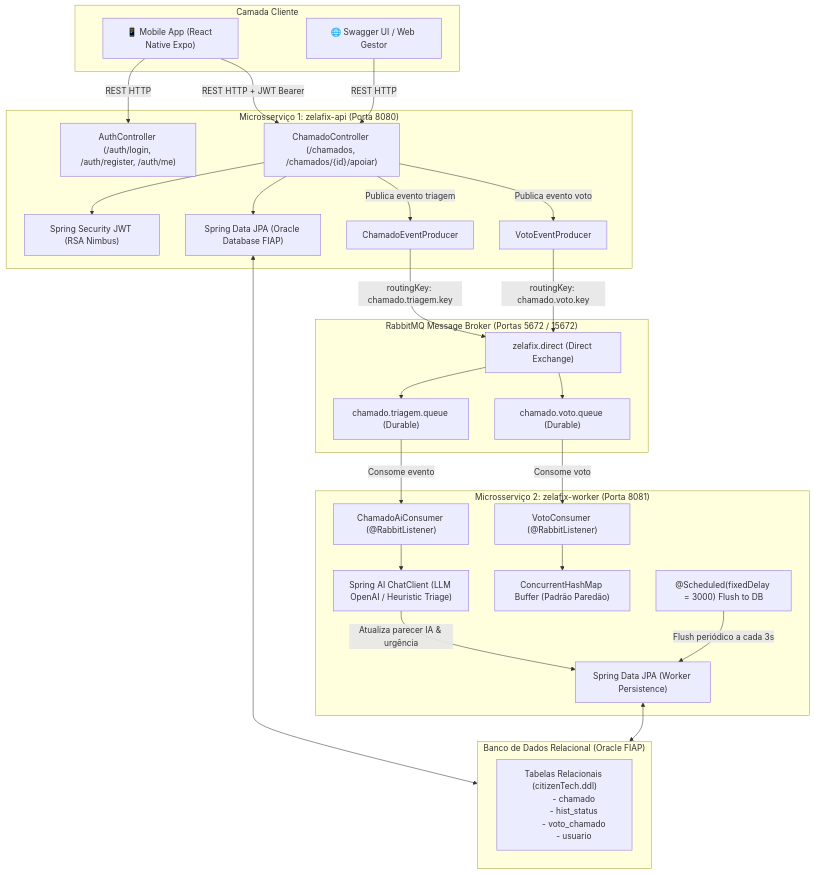
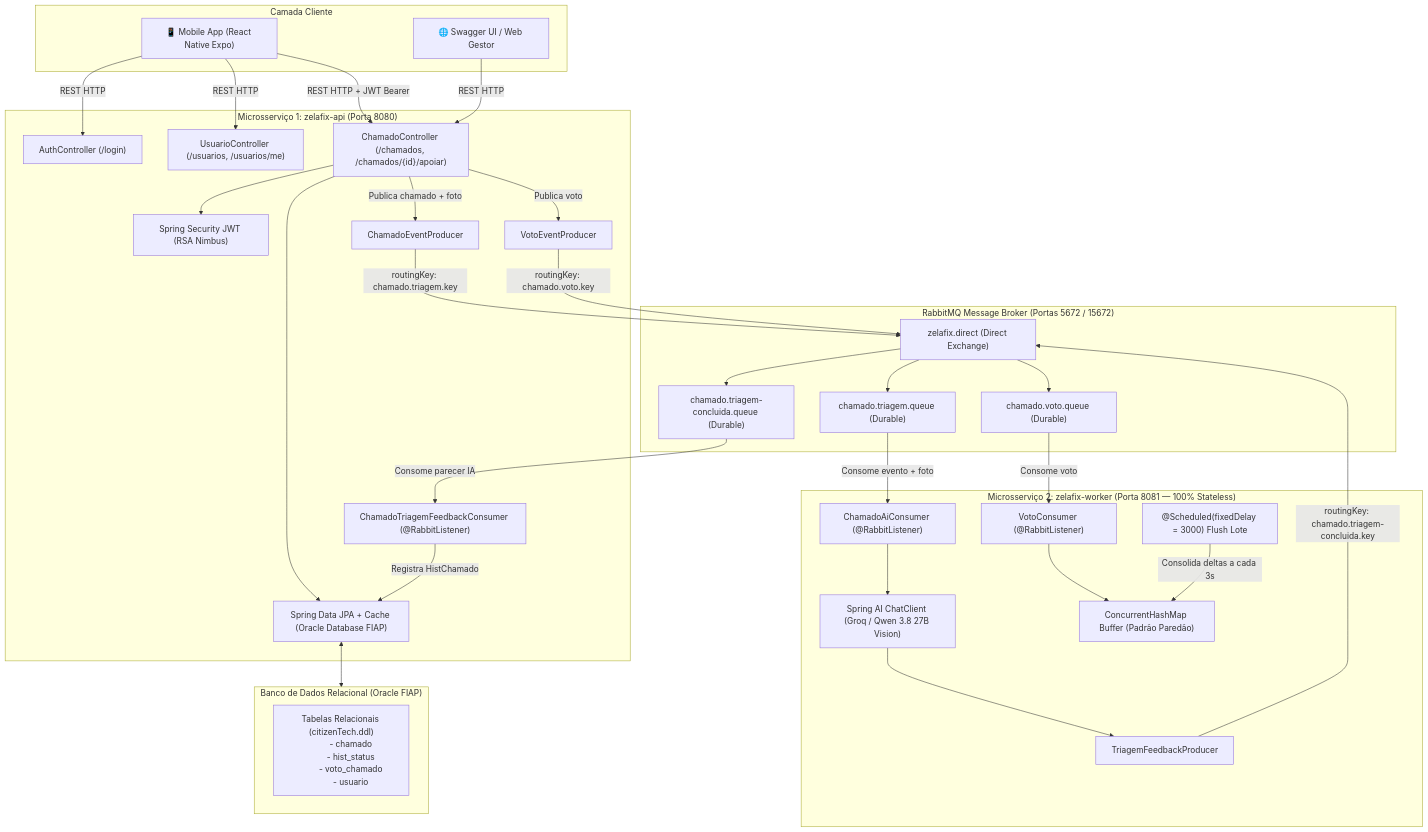
Before and after one commit to Global-Solution-CitizenTech/Java-Advanced: the diagram in README.md, drawn with Mermaid. The commit also changed other lines of this file and 15 other files, not shown here.

Commit message:
test(chamado): expandir testes extremos de controller, blindar cache e unificar exceptions

````diff
--- a/README.md
+++ b/README.md
@@ -36,65 +38,72 @@
 ```mermaid
 flowchart TD
     subgraph ClientLayer ["Camada Cliente"]
         Mobile["📱 Mobile App (React Native Expo)"]
         Swagger["🌐 Swagger UI / Web Gestor"]
     end
 
     subgraph Service1 ["Microsserviço 1: zelafix-api (Porta 8080)"]
-        AuthController["AuthController (/auth/login, /auth/register, /auth/me)"]
+        AuthController["AuthController (/login)"]
+        UsuarioController["UsuarioController (/usuarios, /usuarios/me)"]
         ChamadoController["ChamadoController (/chamados, /chamados/{id}/apoiar)"]
         Security["Spring Security JWT (RSA Nimbus)"]
-        JPA1["Spring Data JPA (Oracle Database FIAP)"]
+        JPA1["Spring Data JPA + Cache (Oracle Database FIAP)"]
         ChamadoPublisher["ChamadoEventProducer"]
         VotoPublisher["VotoEventProducer"]
+        FeedbackConsumer["ChamadoTriagemFeedbackConsumer (@RabbitListener)"]
     end
 
     subgraph RabbitMQCluster ["RabbitMQ Message Broker (Portas 5672 / 15672)"]
         Exchange["zelafix.direct (Direct Exchange)"]
         QueueTriagem["chamado.triagem.queue (Durable)"]
+        QueueFeedback["chamado.triagem-concluida.queue (Durable)"]
         QueueVoto["chamado.voto.queue (Durable)"]
     end
 
-    subgraph Service2 ["Microsserviço 2: zelafix-worker (Porta 8081)"]
+    subgraph Service2 ["Microsserviço 2: zelafix-worker (Porta 8081 — 100% Stateless)"]
         ChamadoAiConsumer["ChamadoAiConsumer (@RabbitListener)"]
-        SpringAI["Spring AI ChatClient (LLM OpenAI / Heuristic Triage)"]
+        SpringAI["Spring AI ChatClient (Groq / Qwen 3.8 27B Vision)"]
+        FeedbackProducer["TriagemFeedbackProducer"]
         VotoConsumer["VotoConsumer (@RabbitListener)"]
         VoteBuffer["ConcurrentHashMap Buffer (Padrão Paredão)"]
-        Scheduler["@Scheduled(fixedDelay = 3000) Flush to DB"]
-        JPA2["Spring Data JPA (Worker Persistence)"]
+        Scheduler["@Scheduled(fixedDelay = 3000) Flush Lote"]
     end
 
     subgraph Database ["Banco de Dados Relacional (Oracle FIAP)"]
         Tables["Tabelas Relacionais (citizenTech.ddl)
         - chamado
         - hist_status
         - voto_chamado
         - usuario"]
     end
 
     Mobile -->|REST HTTP + JWT Bearer| ChamadoController
     Mobile -->|REST HTTP| AuthController
+    Mobile -->|REST HTTP| UsuarioController
     Swagger -->|REST HTTP| ChamadoController
 
     ChamadoController --> Security
     ChamadoController --> JPA1
-    ChamadoController -->|Publica evento triagem| ChamadoPublisher
-    ChamadoController -->|Publica evento voto| VotoPublisher
+    ChamadoController -->|Publica chamado + foto| ChamadoPublisher
+    ChamadoController -->|Publica voto| VotoPublisher
 
     ChamadoPublisher -->|routingKey: chamado.triagem.key| Exchange
     VotoPublisher -->|routingKey: chamado.voto.key| Exchange
 
     Exchange --> QueueTriagem
     Exchange --> QueueVoto
 
-    QueueTriagem -->|Consome evento| ChamadoAiConsumer
+    QueueTriagem -->|Consome evento + foto| ChamadoAiConsumer
     ChamadoAiConsumer --> SpringAI
-    SpringAI -->|Atualiza parecer IA & urgência| JPA2
+    SpringAI --> FeedbackProducer
+    FeedbackProducer -->|routingKey: chamado.triagem-concluida.key| Exchange
+    Exchange --> QueueFeedback
+    QueueFeedback -->|Consome parecer IA| FeedbackConsumer
+    FeedbackConsumer -->|Registra HistChamado| JPA1
 
     QueueVoto -->|Consome voto| VotoConsumer
     VotoConsumer --> VoteBuffer
-    Scheduler -->|Flush periódico a cada 3s| JPA2
+    Scheduler -->|Consolida deltas a cada 3s| VoteBuffer
 
     JPA1 <--> Database
-    JPA2 <--> Database
 ```
````
